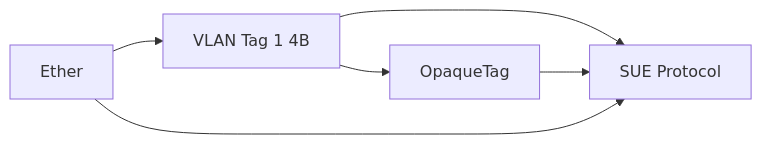
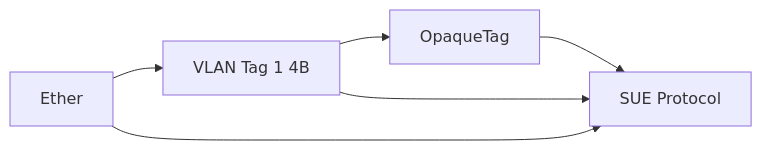
One commit to RuyeeAI/HardwareDesign changed the second of 6 diagrams in docs/PreParser.md. Above: the diagram before and after it, drawn with Mermaid. The commit also changed other lines of this file, not shown here.

````diff
--- a/docs/PreParser.md
+++ b/docs/PreParser.md
@@ -71,8 +71,8 @@
 ```mermaid
 flowchart LR
     Ether --> VLAN1[VLAN Tag 1 4B]
-    VLAN1 --> SUE[SUE Protocol]
     VLAN1 --> OpaqueTag[OpaqueTag]
-    OpaqueTag --> SUE
+    OpaqueTag --> SUE[SUE Protocol]
     Ether --> SUE
+    VLAN1 --> SUE
 ```
````
